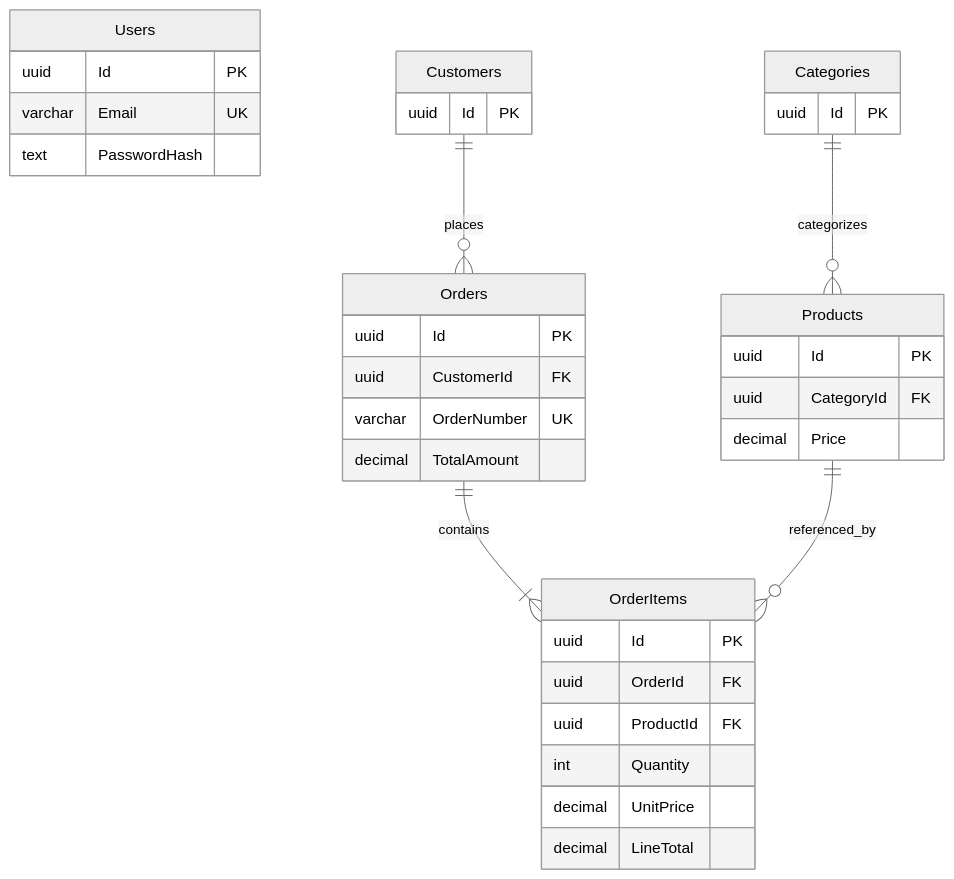
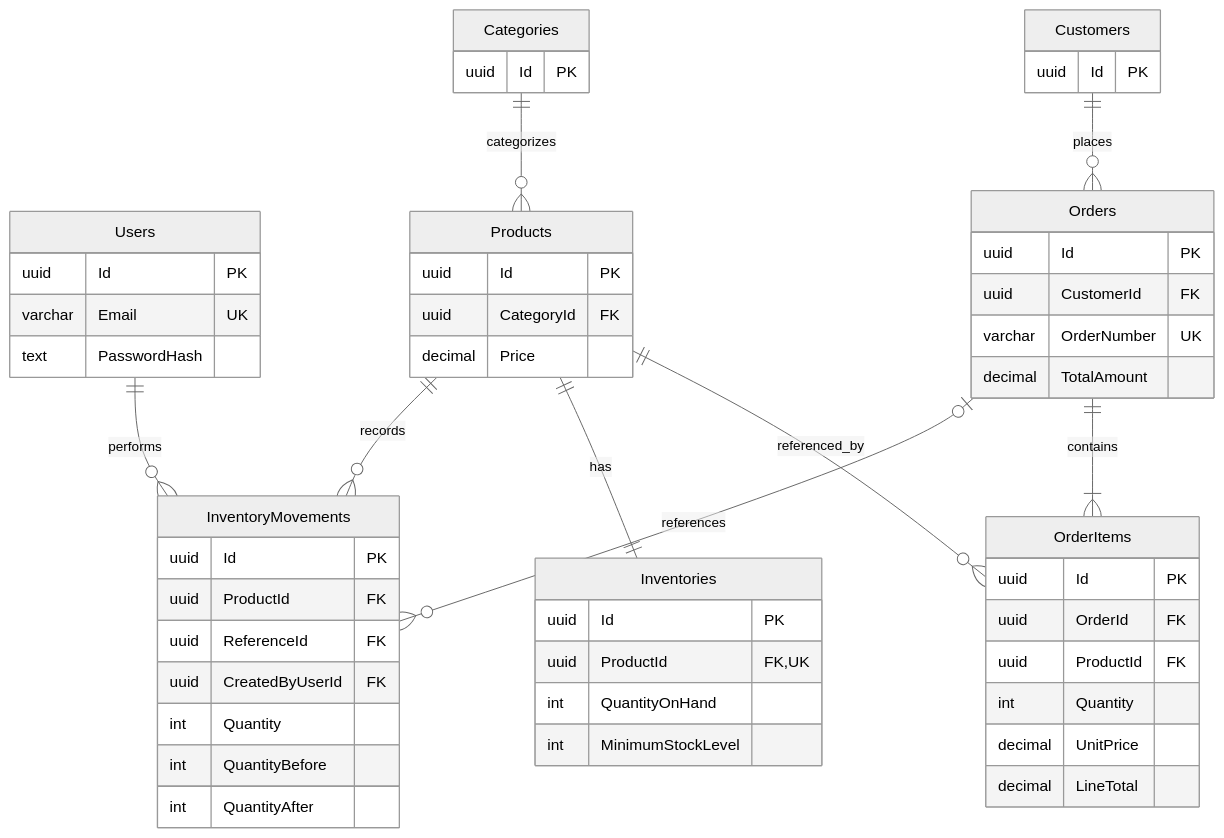
One commit to SCanerG/DemoErp changed the second of 4 diagrams in README.md. Above: the diagram before and after it, drawn with Mermaid (neutral theme). The commit also changed other lines of this file and 156 other files, not shown here.

````diff
--- a/README.md
+++ b/README.md
@@ -83,37 +168,56 @@
 ```mermaid
 erDiagram
   Users {
     uuid Id PK
     varchar Email UK
     text PasswordHash
   }
   Categories ||--o{ Products : categorizes
   Customers ||--o{ Orders : places
   Orders ||--|{ OrderItems : contains
   Products ||--o{ OrderItems : referenced_by
+  Products ||--|| Inventories : has
+  Products ||--o{ InventoryMovements : records
+  Orders o|--o{ InventoryMovements : references
+  Users ||--o{ InventoryMovements : performs
+  Inventories {
+    uuid Id PK
+    uuid ProductId FK,UK
+    int QuantityOnHand
+    int MinimumStockLevel
+  }
+  InventoryMovements {
+    uuid Id PK
+    uuid ProductId FK
+    uuid ReferenceId FK
+    uuid CreatedByUserId FK
+    int Quantity
+    int QuantityBefore
+    int QuantityAfter
+  }
   Categories {
     uuid Id PK
   }
   Products {
     uuid Id PK
     uuid CategoryId FK
     decimal Price
   }
   Customers {
     uuid Id PK
   }
   Orders {
     uuid Id PK
     uuid CustomerId FK
     varchar OrderNumber UK
     decimal TotalAmount
   }
   OrderItems {
     uuid Id PK
     uuid OrderId FK
     uuid ProductId FK
     int Quantity
     decimal UnitPrice
     decimal LineTotal
   }
 ```
````
